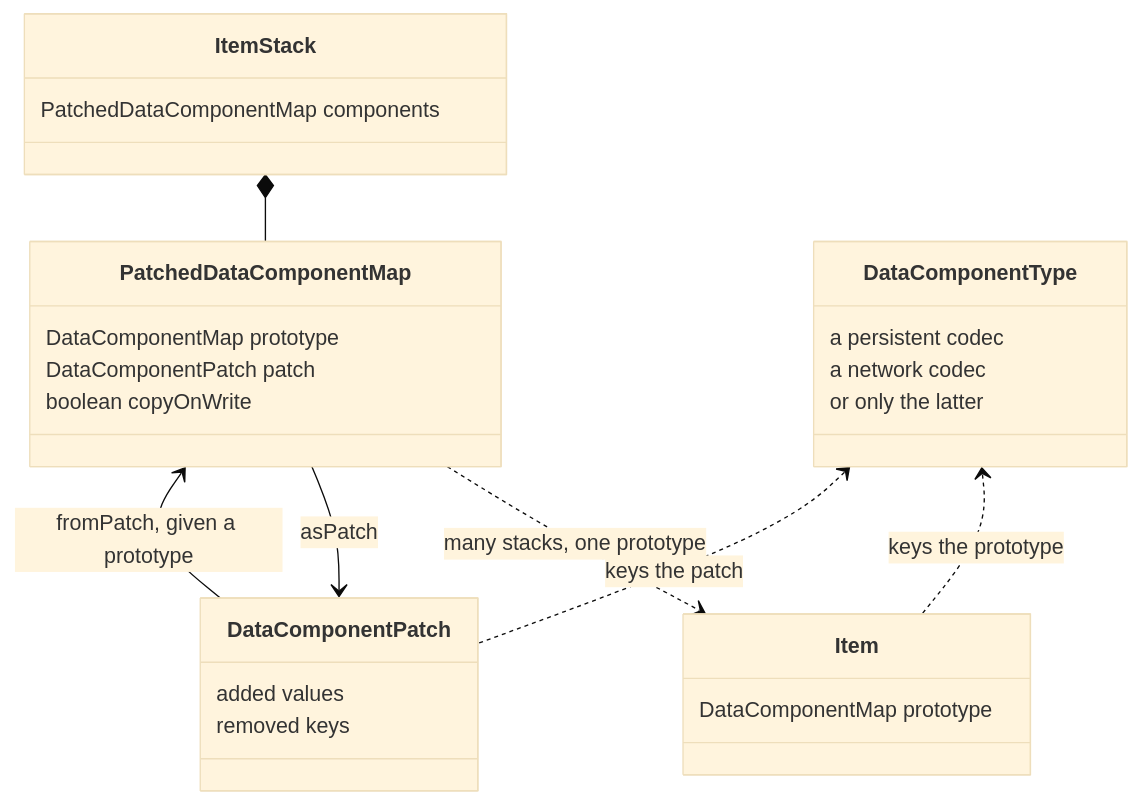
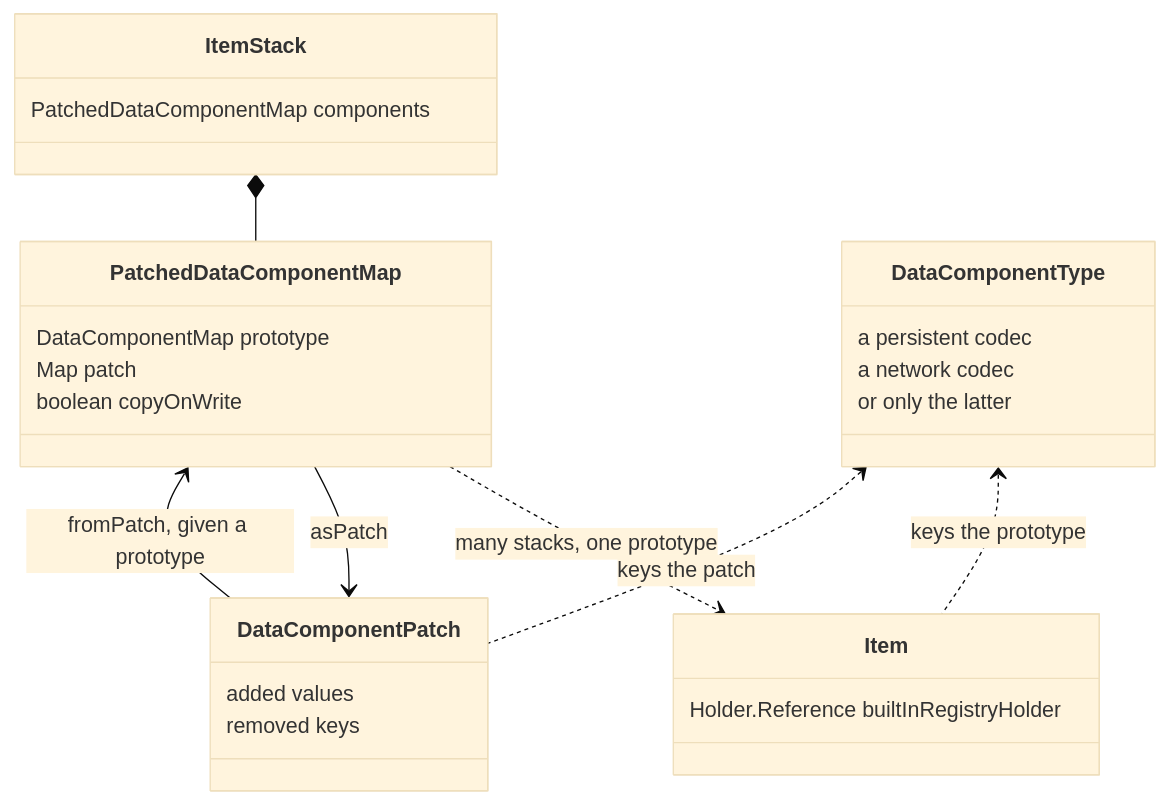
The first of 2 diagrams in src/systems/foundations/data-components.md (AlexanderjFraser/MinecraftDocs), drawn with Mermaid (base theme) before and after one commit. The commit also changed other lines of this file and 31 other files, not shown here.

````diff
--- a/src/systems/foundations/data-components.md
+++ b/src/systems/foundations/data-components.md
@@ -41,29 +41,29 @@
 ```mermaid
 classDiagram
     class Item {
-        DataComponentMap prototype
+        Holder.Reference builtInRegistryHolder
     }
     class ItemStack {
         PatchedDataComponentMap components
     }
     class PatchedDataComponentMap {
         DataComponentMap prototype
-        DataComponentPatch patch
+        Map patch
         boolean copyOnWrite
     }
     class DataComponentPatch {
         added values
         removed keys
     }
     class DataComponentType {
         a persistent codec
         a network codec
         or only the latter
     }
     ItemStack *-- PatchedDataComponentMap
     PatchedDataComponentMap ..> Item : many stacks, one prototype
     PatchedDataComponentMap --> DataComponentPatch : asPatch
     DataComponentPatch --> PatchedDataComponentMap : fromPatch, given a prototype
     DataComponentType <.. Item : keys the prototype
     DataComponentType <.. DataComponentPatch : keys the patch
 ```
````
